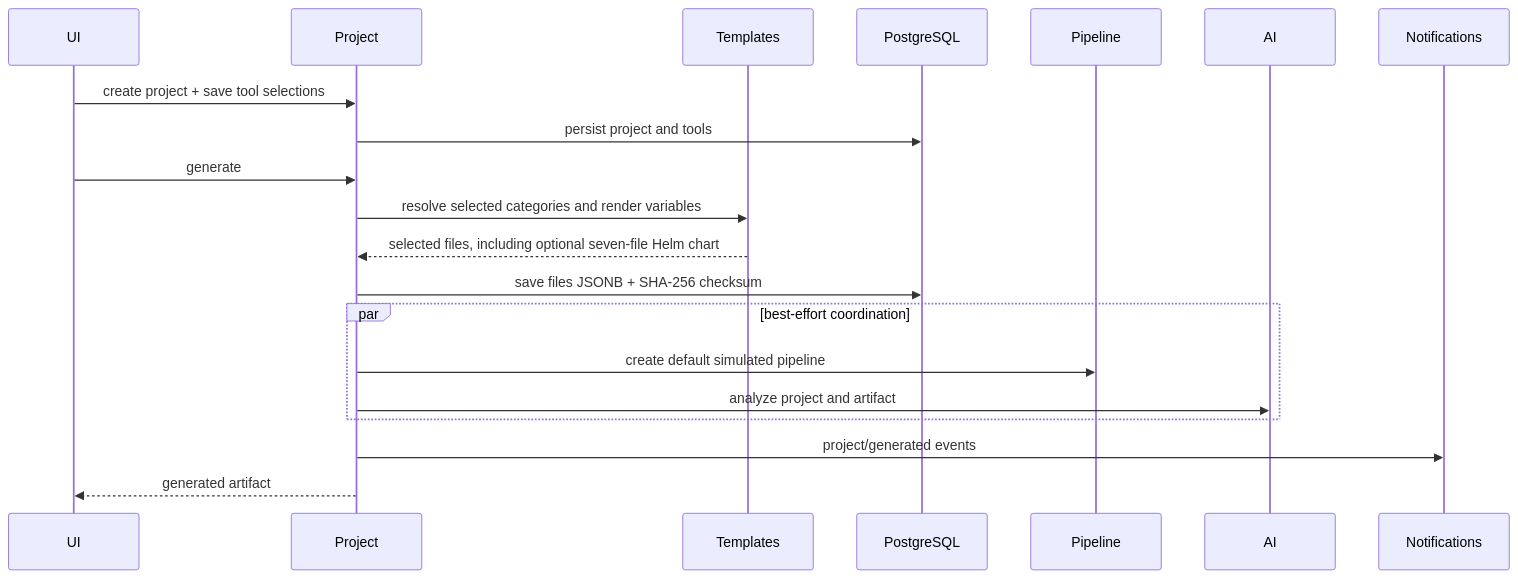
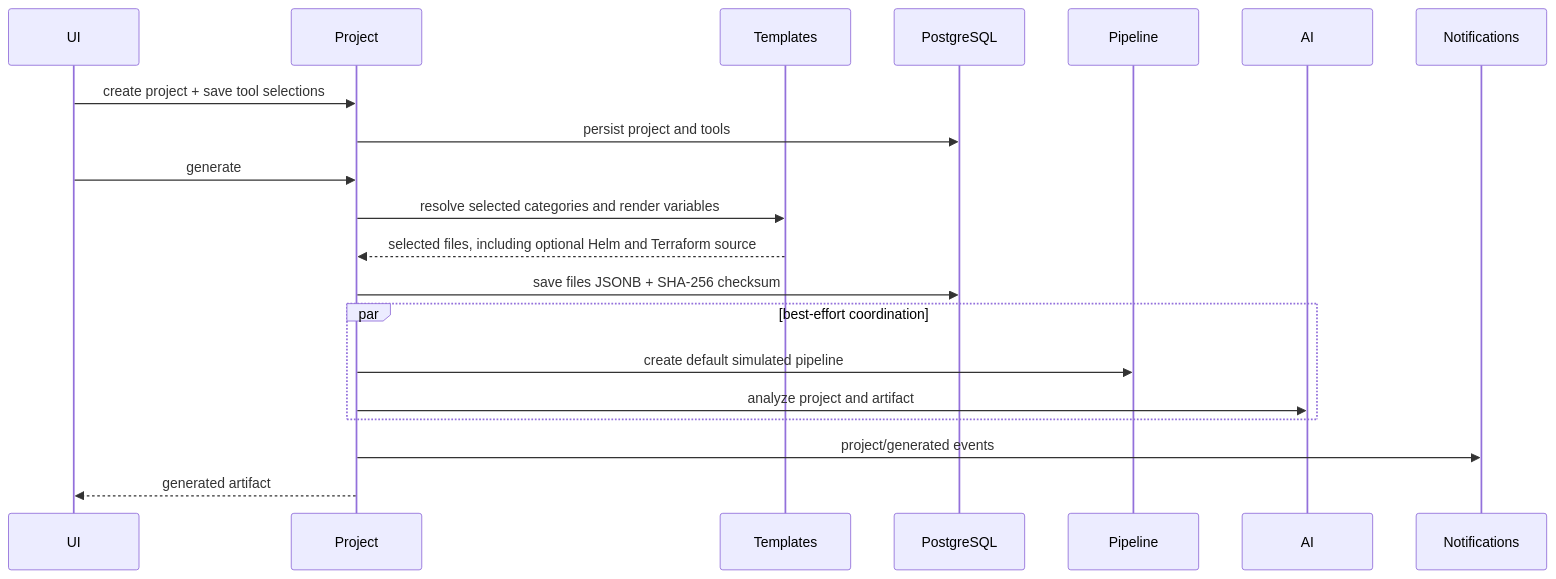
Before and after one commit to devkumarbaheti2507/BuildSphere: the fifth of 10 diagrams in docs/15_PROJECT_KNOWLEDGE_GRAPH.md, drawn with Mermaid. The commit also changed other lines of this file and 55 other files, not shown here.

````diff
--- a/docs/15_PROJECT_KNOWLEDGE_GRAPH.md
+++ b/docs/15_PROJECT_KNOWLEDGE_GRAPH.md
@@ -263,22 +270,22 @@
 ```mermaid
 sequenceDiagram
   participant UI
   participant Project
   participant Templates
   participant DB as PostgreSQL
   participant Pipeline
   participant AI
   participant Notify as Notifications
   UI->>Project: create project + save tool selections
   Project->>DB: persist project and tools
   UI->>Project: generate
   Project->>Templates: resolve selected categories and render variables
-  Templates-->>Project: selected files, including optional seven-file Helm chart
+  Templates-->>Project: selected files, including optional Helm and Terraform source
   Project->>DB: save files JSONB + SHA-256 checksum
   par best-effort coordination
     Project->>Pipeline: create default simulated pipeline
     Project->>AI: analyze project and artifact
   end
   Project->>Notify: project/generated events
   Project-->>UI: generated artifact
 ```
````
